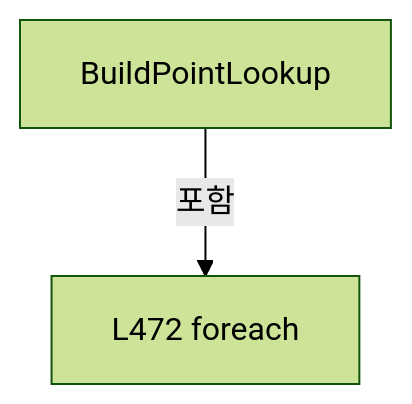
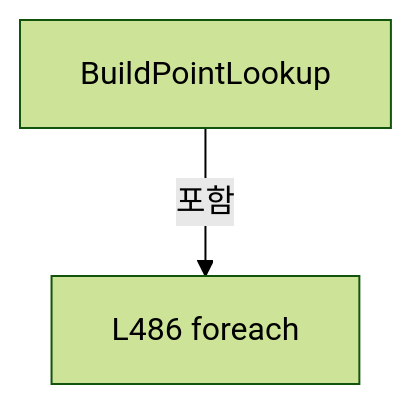
The eighth of 18 diagrams in A3 LD Code Ref/files/Drilling.UI/Menu/Menus/CMenuCorrection.ReviewData.Offset.cs.md (kjuws10-rgb/Shared), drawn with Mermaid (forest theme) before and after one commit. The commit also changed other lines of this file and 2071 other files, not shown here.

Commit message:
docs(a3): update 11.19.0 architecture and code reference

````diff
--- a/A3 LD Code Ref/files/Drilling.UI/Menu/Menus/CMenuCorrection.ReviewData.Offset.cs.md
+++ b/A3 LD Code Ref/files/Drilling.UI/Menu/Menus/CMenuCorrection.ReviewData.Offset.cs.md
@@ -1391,6 +1399,6 @@
 ```mermaid
 flowchart TD
  M["BuildPointLookup"]
- N0["L472 foreach"]
+ N0["L486 foreach"]
  M -->|포함| N0
 ```
````
